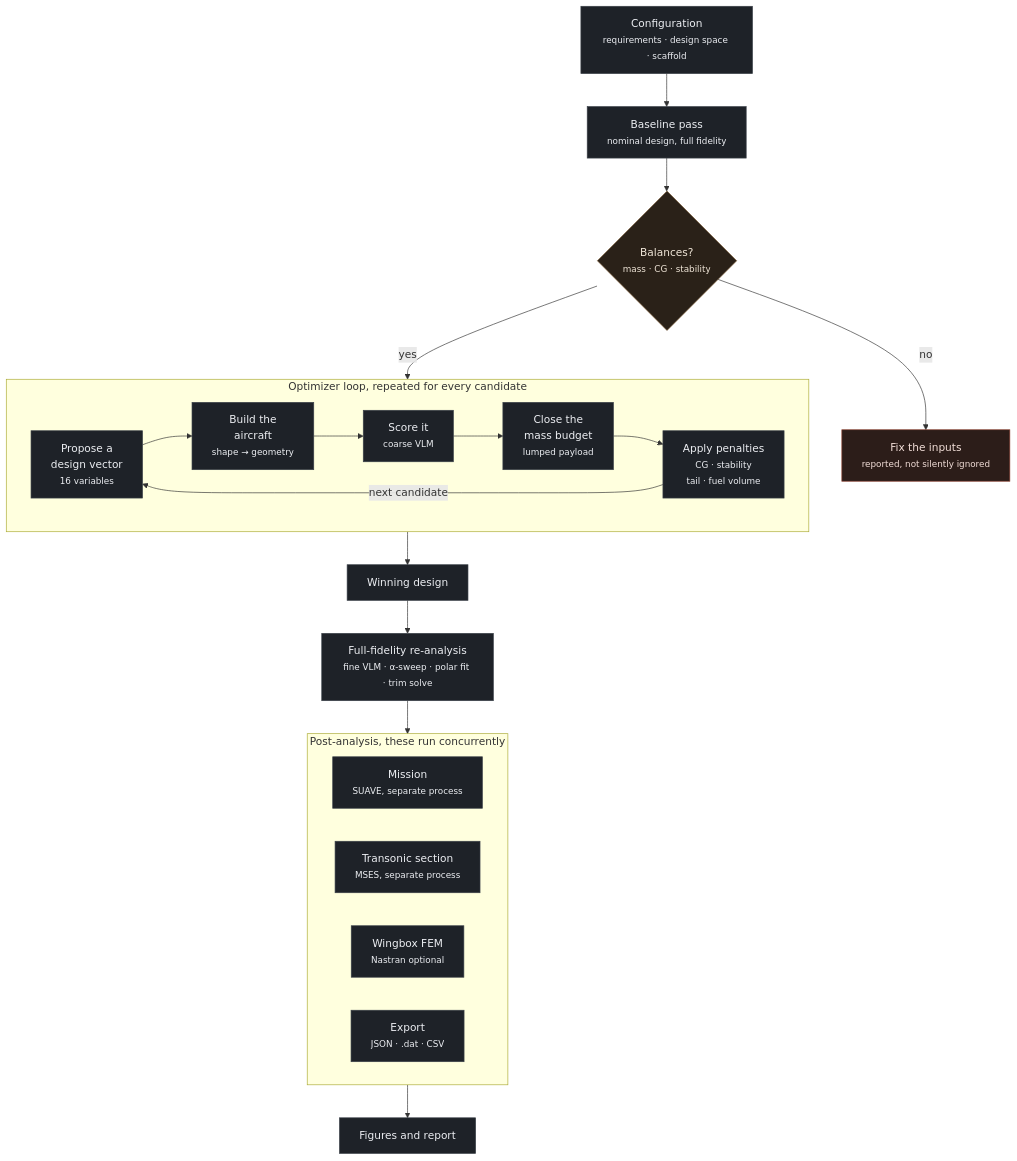
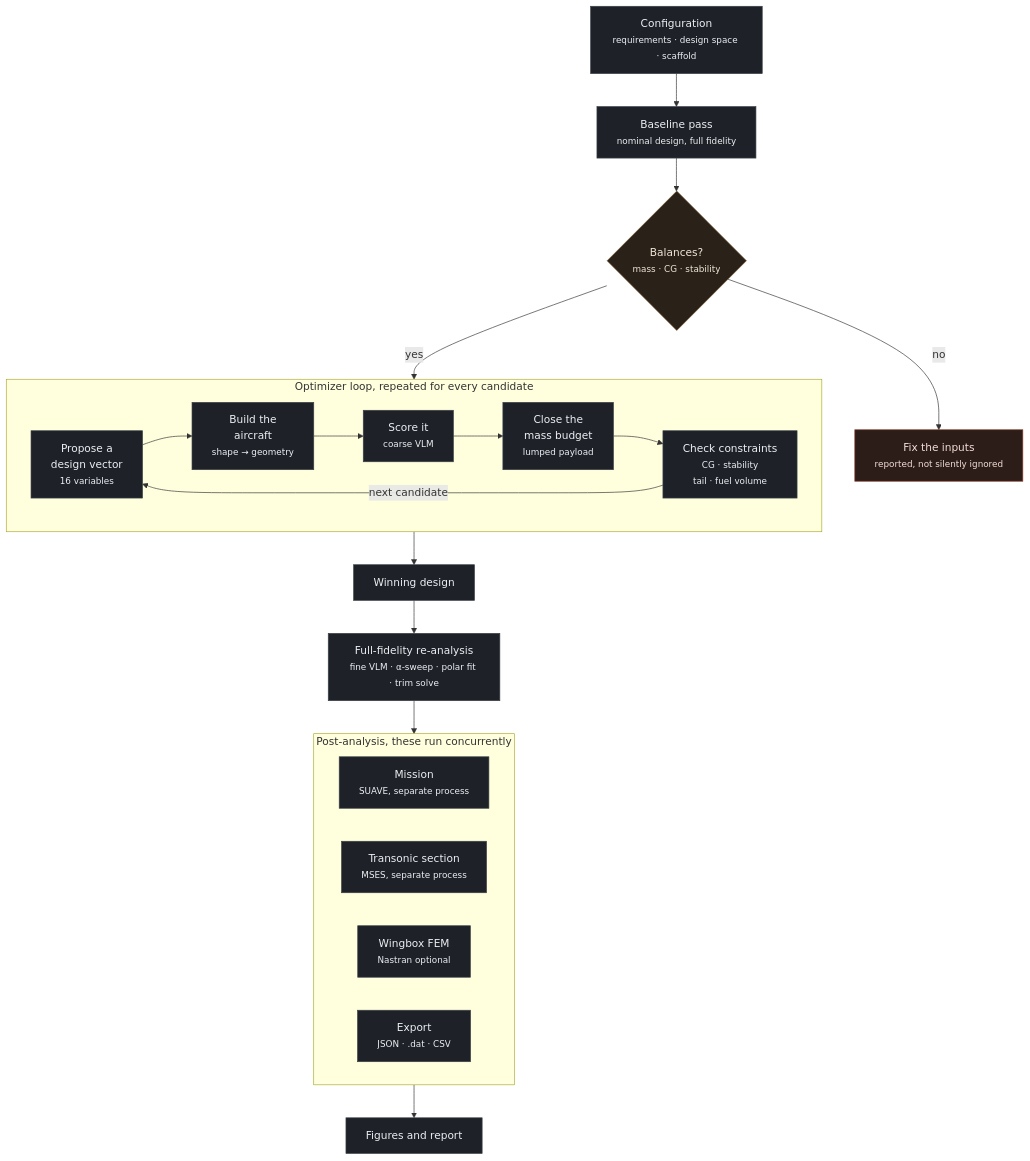
Before and after one commit to MarcosQuirogaR/ALAS: the first of 2 diagrams in site/docs-site/docs/pipeline-diagram.md, drawn with Mermaid. The commit also changed other lines of this file and 413 other files, not shown here.

````diff
--- a/site/docs-site/docs/pipeline-diagram.md
+++ b/site/docs-site/docs/pipeline-diagram.md
@@ -8,41 +8,41 @@
 ```mermaid
 flowchart TD
     CFG["Configuration<br/><small>requirements · design space · scaffold</small>"]
 
     CFG --> BASE["Baseline pass<br/><small>nominal design, full fidelity</small>"]
     BASE --> BCHK{"Balances?<br/><small>mass · CG · stability</small>"}
     BCHK -- no --> STOP["Fix the inputs<br/><small>reported, not silently ignored</small>"]
     BCHK -- yes --> OPT
 
     subgraph OPT ["Optimizer loop, repeated for every candidate"]
         direction LR
         GEN["Propose a<br/>design vector<br/><small>16 variables</small>"]
         GEN --> BUILD["Build the<br/>aircraft<br/><small>shape → geometry</small>"]
         BUILD --> FAST["Score it<br/><small>coarse VLM</small>"]
         FAST --> MASS["Close the<br/>mass budget<br/><small>lumped payload</small>"]
-        MASS --> PEN["Apply penalties<br/><small>CG · stability<br/>tail · fuel volume</small>"]
+        MASS --> PEN["Check constraints<br/><small>CG · stability<br/>tail · fuel volume</small>"]
         PEN -- "next candidate" --> GEN
     end
 
     OPT --> WIN["Winning design"]
     WIN --> FINE["Full-fidelity re-analysis<br/><small>fine VLM · α-sweep · polar fit · trim solve</small>"]
 
     FINE --> POST
 
     subgraph POST ["Post-analysis, these run concurrently"]
         direction LR
         MISSION["Mission<br/><small>SUAVE, separate process</small>"]
         MSES["Transonic section<br/><small>MSES, separate process</small>"]
         STRUCT["Wingbox FEM<br/><small>Nastran optional</small>"]
         EXPORT["Export<br/><small>JSON · .dat · CSV</small>"]
     end
 
     POST --> FIGS["Figures and report"]
 
     classDef stage fill:#1e2228,stroke:#3a4048,color:#eceef2;
     classDef decide fill:#2a2118,stroke:#7a5a34,color:#f0e6d8;
     classDef halt fill:#2c1d19,stroke:#8a4030,color:#f2ded8;
     class CFG,BASE,GEN,BUILD,FAST,MASS,PEN,WIN,FINE,MISSION,MSES,STRUCT,EXPORT,FIGS stage;
     class BCHK decide;
     class STOP halt;
 ```
````
